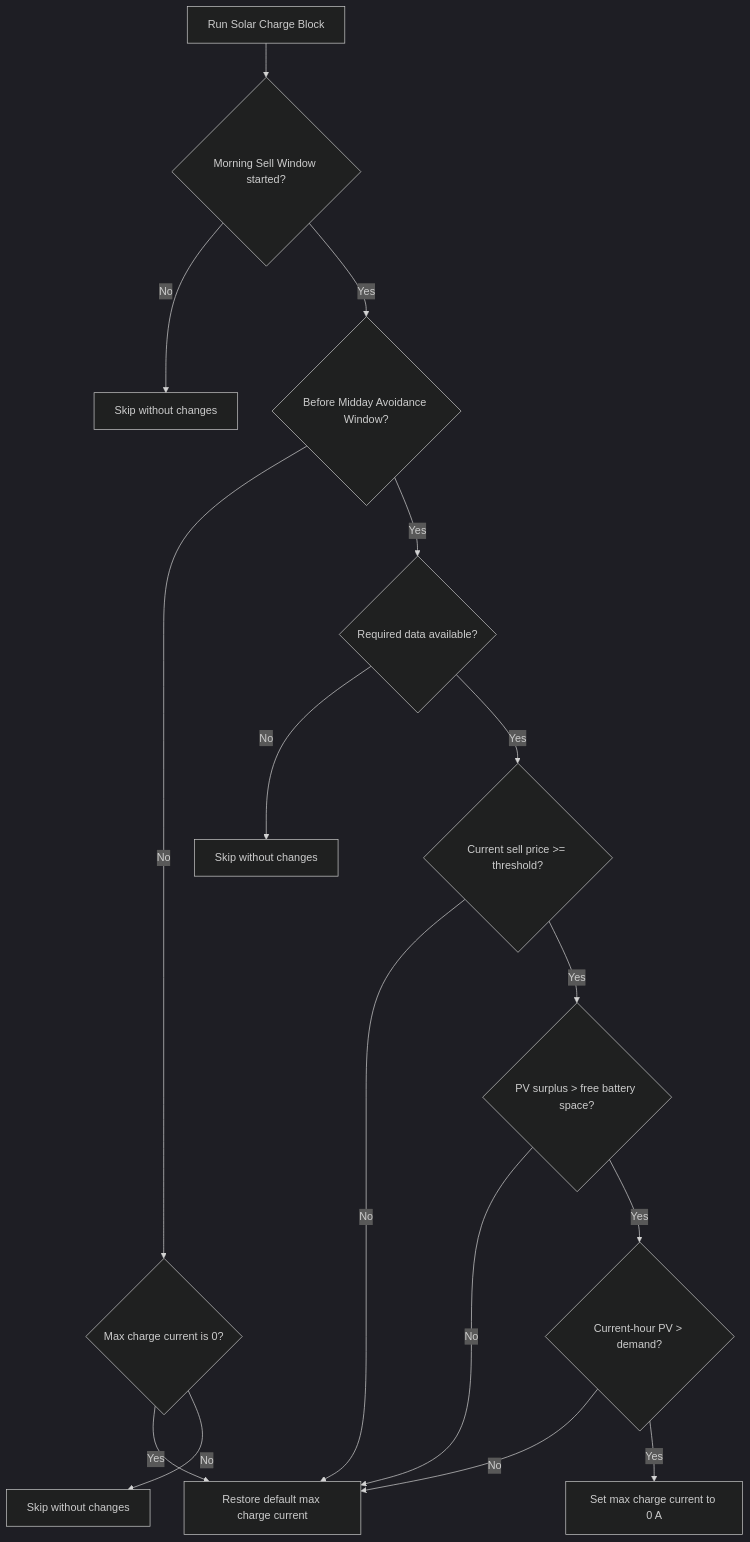
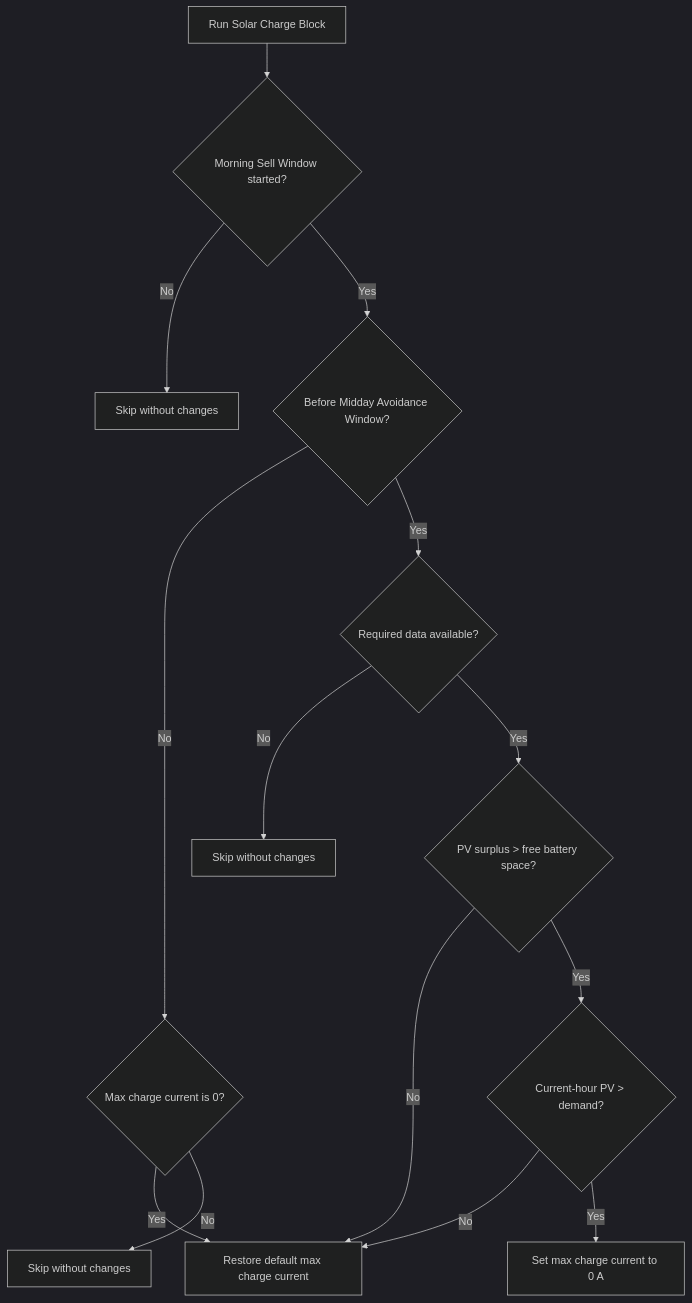
The diagram in docs/Solar_Charge_Block_Action.md (plebann/EnergyOptimizer), drawn with Mermaid (dark theme) before and after one commit. The commit also changed other lines of this file and 28 other files, not shown here.

Commit message:
feat: rename consume window and remove price restore

````diff
--- a/docs/Solar_Charge_Block_Action.md
+++ b/docs/Solar_Charge_Block_Action.md
@@ -79,18 +60,16 @@
 ```mermaid
 flowchart TD
   start["Run Solar Charge Block"] --> morning{"Morning Sell Window started?"}
   morning -->|No| skip_before["Skip without changes"]
   morning -->|Yes| midday{"Before Midday Avoidance Window?"}
   midday -->|No| zero{"Max charge current is 0?"}
   zero -->|Yes| restore["Restore default max charge current"]
   zero -->|No| skip_after["Skip without changes"]
   midday -->|Yes| data{"Required data available?"}
   data -->|No| skip_missing["Skip without changes"]
-  data -->|Yes| price{"Current sell price >= threshold?"}
-  price -->|No| restore
-  price -->|Yes| capacity{"PV surplus > free battery space?"}
+  data -->|Yes| capacity{"PV surplus > free battery space?"}
   capacity -->|No| restore
   capacity -->|Yes| hourly{"Current-hour PV > demand?"}
   hourly -->|No| restore
   hourly -->|Yes| block["Set max charge current to 0 A"]
 ```
````
